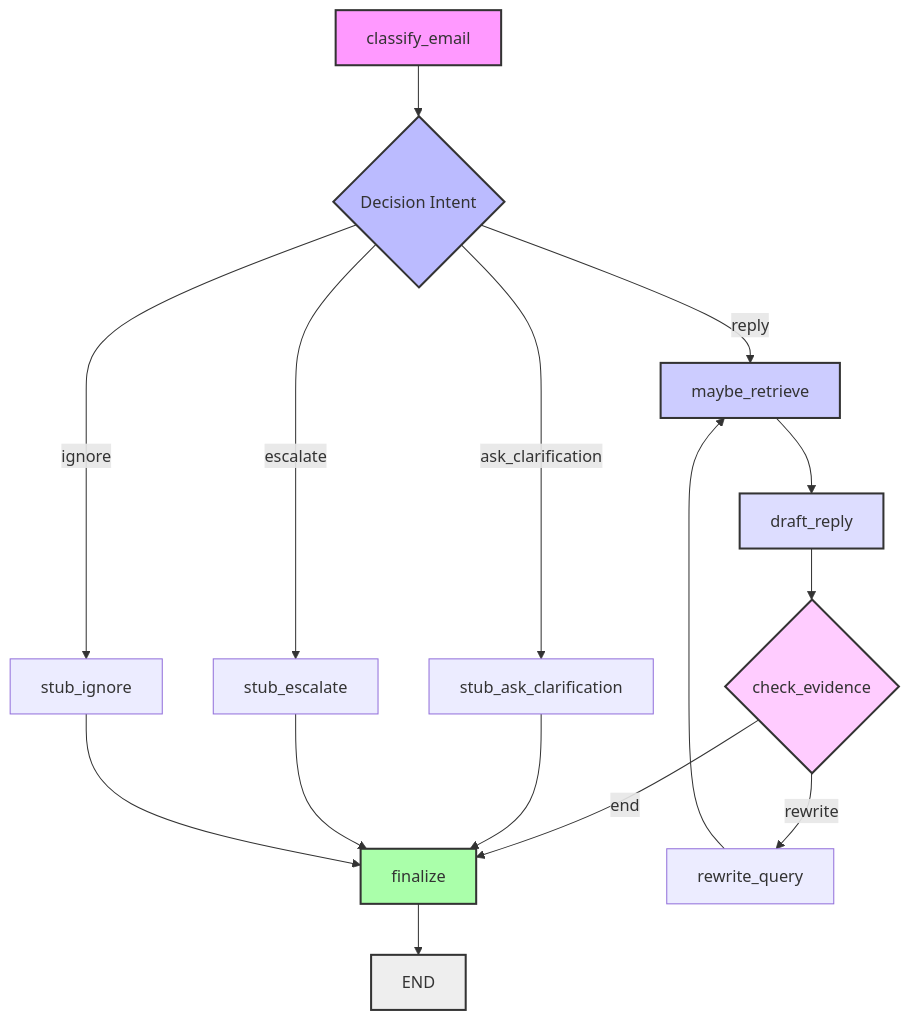
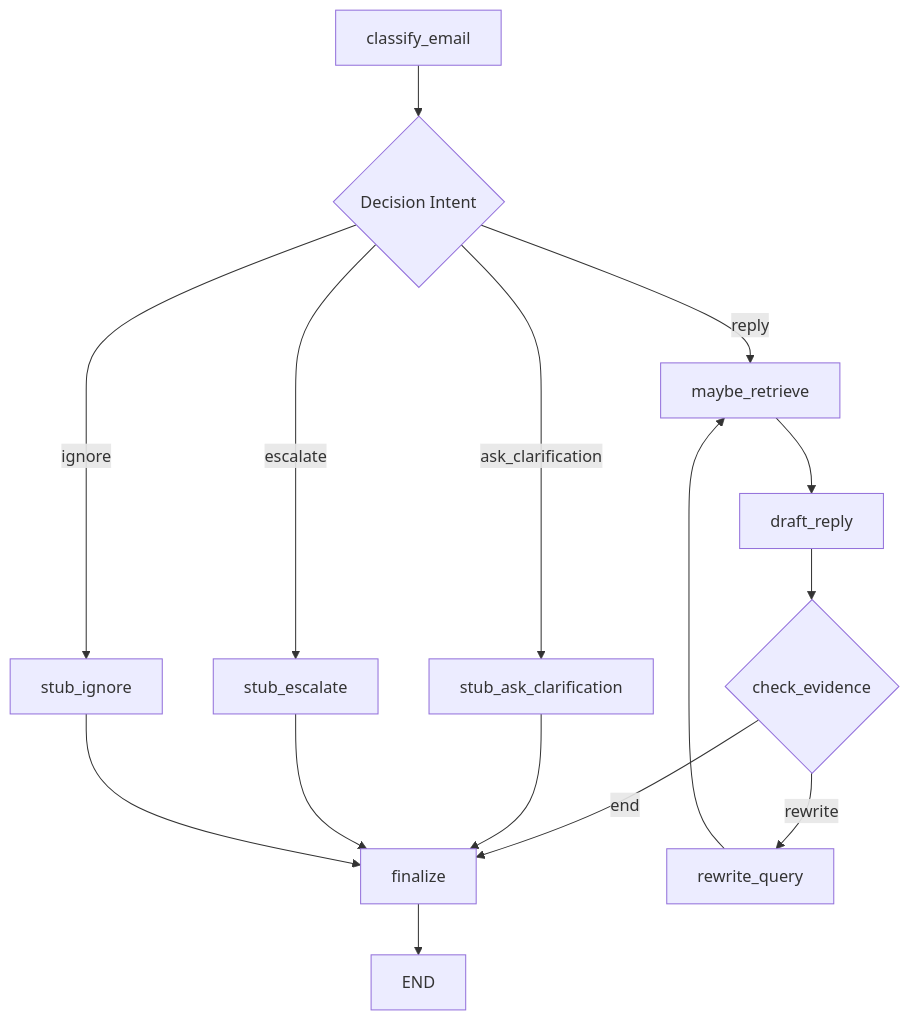
One commit to Wiame-raki/CSC8614 changed the diagram in TP5/rapport.md. Above: the diagram before and after it, drawn with Mermaid.

Commit message:
maj rapport tp5

````diff
--- a/TP5/rapport.md
+++ b/TP5/rapport.md
@@ -165,28 +165,19 @@
 ```mermaid
 graph TD
     A[classify_email] --> B{Decision Intent};
     B -- reply --> C[maybe_retrieve];
     B -- ask_clarification --> F[stub_ask_clarification];
     B -- escalate --> G[stub_escalate];
     B -- ignore --> H[stub_ignore];
 
     C --> D[draft_reply];
     D --> E{check_evidence};
     E -- end --> FNL[finalize];
     E -- rewrite --> I[rewrite_query];
     I --> C;
 
     F --> FNL;
     G --> FNL;
     H --> FNL;
     FNL --> Z[END];
-
-    %% Styles pour une meilleure lisibilité
-    style A fill:#f9f,stroke:#333,stroke-width:2px;
-    style B fill:#bbf,stroke:#333,stroke-width:2px;
-    style C fill:#ccf,stroke:#333,stroke-width:2px;
-    style D fill:#ddf,stroke:#333,stroke-width:2px;
-    style E fill:#fcf,stroke:#333,stroke-width:2px;
-    style FNL fill:#afa,stroke:#333,stroke-width:2px;
-    style Z fill:#eee,stroke:#333,stroke-width:2px;
 ```
````
